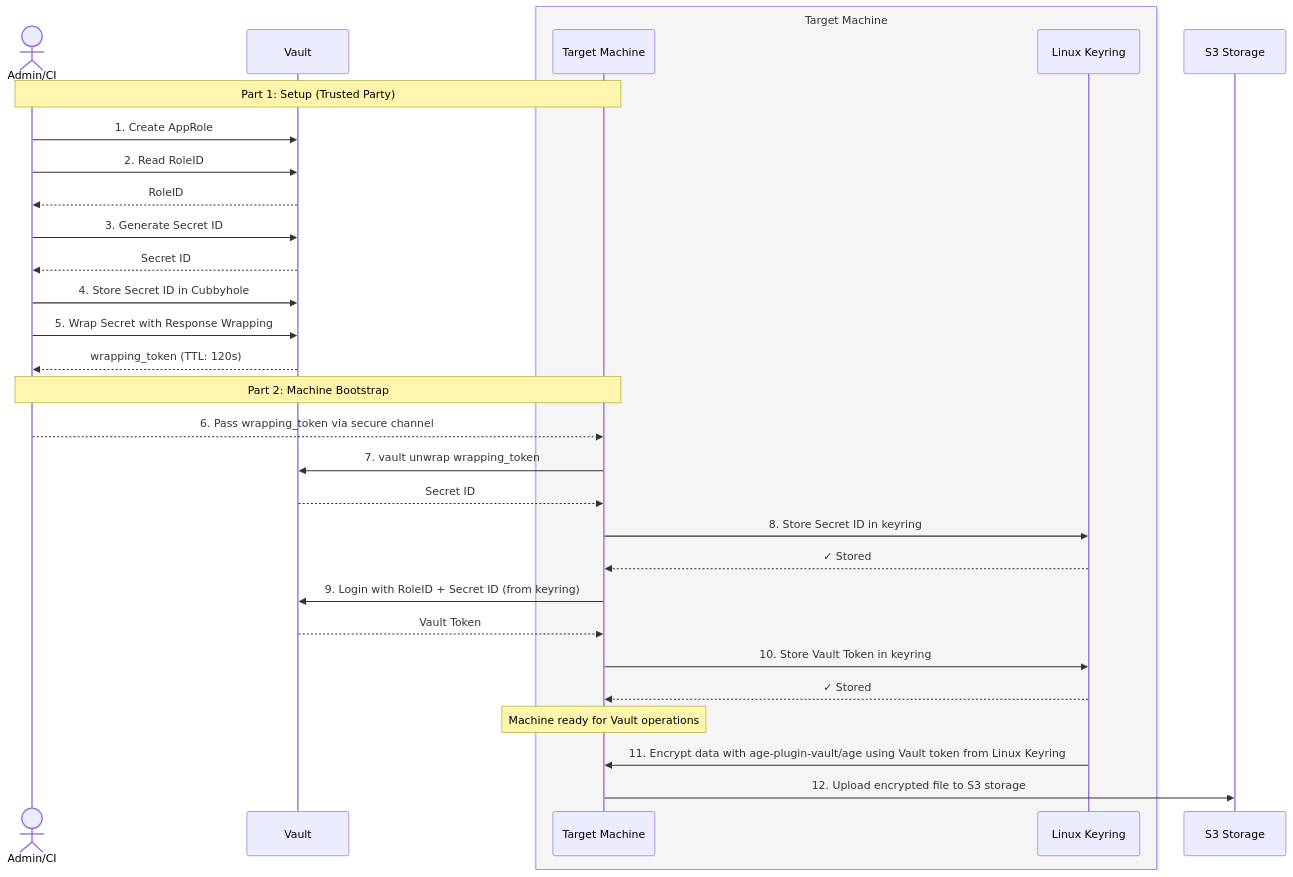
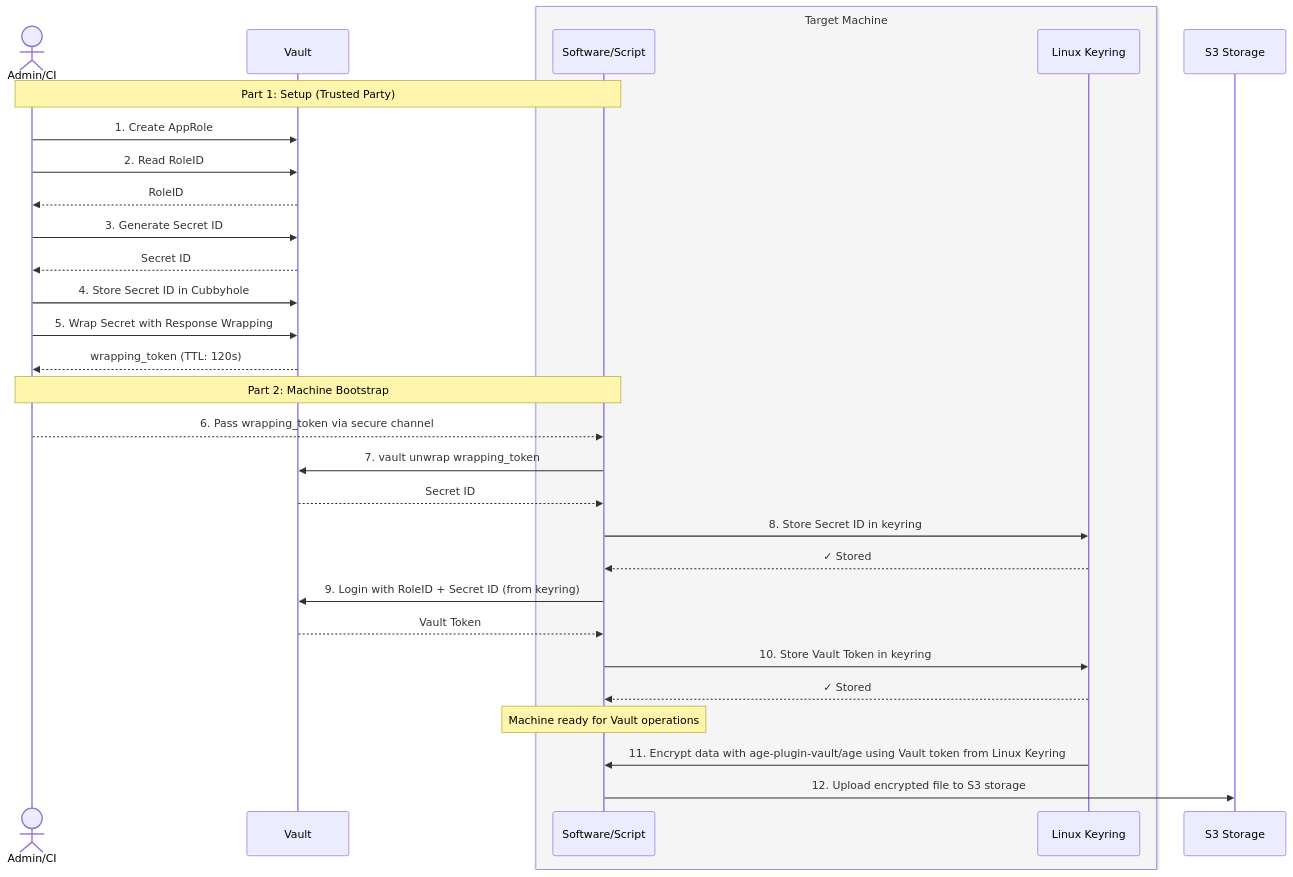
Before and after one commit to stsch9/age-plugin-vault: the diagram in docs/machine_encryption.md, drawn with Mermaid.

Commit message:
small fix

````diff
--- a/docs/machine_encryption.md
+++ b/docs/machine_encryption.md
@@ -15,47 +15,47 @@
 ```mermaid
 sequenceDiagram
     actor Admin as Admin/CI
     participant Vault
     box rgb(245, 245, 245) Target Machine
-        participant Machine as Target Machine
+        participant Machine as Software/Script
         participant Keyring as Linux Keyring
     end
 
     participant Storage as S3 Storage
 
     Note over Admin,Machine: Part 1: Setup (Trusted Party)
     
     Admin->>Vault: 1. Create AppRole
     Admin->>Vault: 2. Read RoleID
     Vault-->>Admin: RoleID
     
     Admin->>Vault: 3. Generate Secret ID
     Vault-->>Admin: Secret ID
     
     Admin->>Vault: 4. Store Secret ID in Cubbyhole
     
     Admin->>Vault: 5. Wrap Secret with Response Wrapping
     Vault-->>Admin: wrapping_token (TTL: 120s)
     
     Note over Admin,Machine: Part 2: Machine Bootstrap
     
     Admin-->>Machine: 6. Pass wrapping_token via secure channel
     
     Machine->>Vault: 7. vault unwrap wrapping_token
     Vault-->>Machine: Secret ID
     
     Machine->>Keyring: 8. Store Secret ID in keyring
     Keyring-->>Machine: ✓ Stored
     
     Machine->>Vault: 9. Login with RoleID + Secret ID (from keyring)
     Vault-->>Machine: Vault Token
     
     Machine->>Keyring: 10. Store Vault Token in keyring
     Keyring-->>Machine: ✓ Stored
 
     Note over Machine: Machine ready for Vault operations
 
     Keyring->>Machine: 11. Encrypt data with age-plugin-vault/age using Vault token from Linux Keyring
     Machine->>Storage: 12. Upload encrypted file to S3 storage
 
 ```
````
